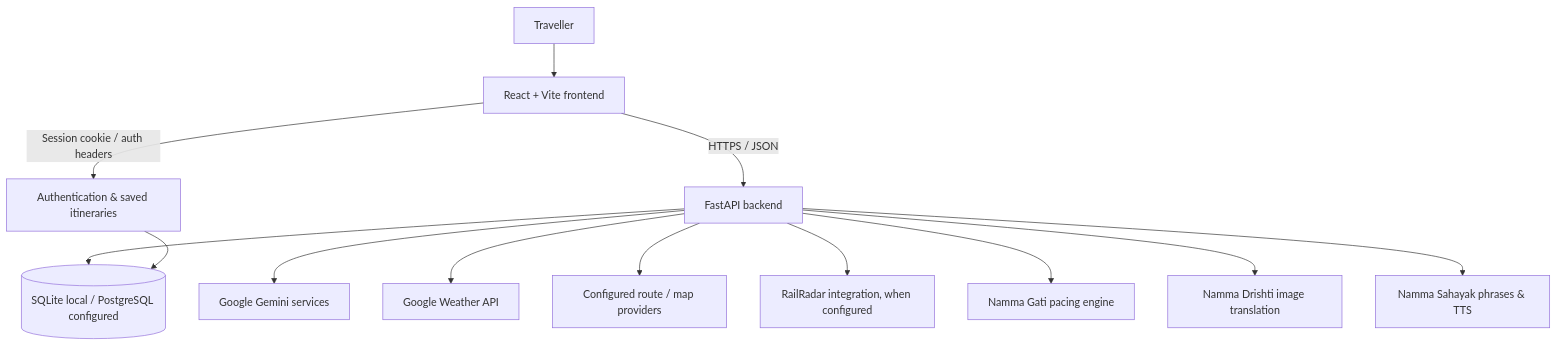
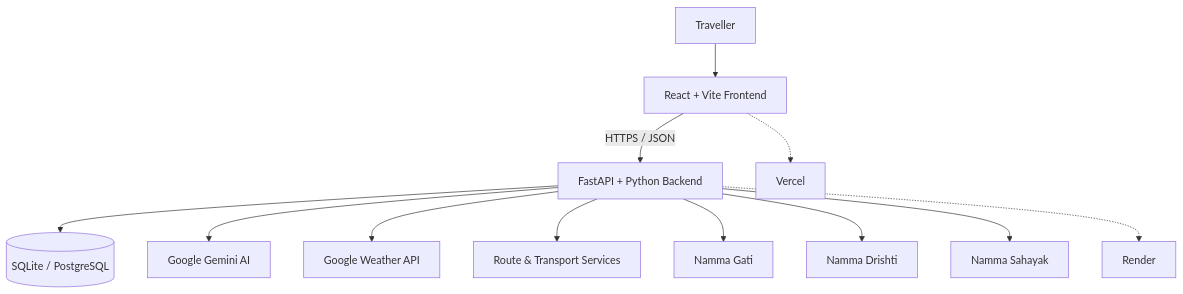
Before and after one commit to VaibhavCodes26/NIE_HACKATHON: the diagram in README.md, drawn with Mermaid.

Commit message:
README.md file created

````diff
--- a/README.md
+++ b/README.md
@@ -111,15 +111,17 @@
 ```mermaid
 flowchart TD
-    U[Traveller] --> FE[React + Vite frontend]
-    FE -->|HTTPS / JSON| API[FastAPI backend]
-    FE -->|Session cookie / auth headers| AUTH[Authentication & saved itineraries]
-    API --> DB[(SQLite local / PostgreSQL configured)]
-    API --> AI[Google Gemini services]
+    U[Traveller] --> FE[React + Vite Frontend]
+    FE -->|HTTPS / JSON| API[FastAPI + Python Backend]
+
+    API --> DB[(SQLite / PostgreSQL)]
+    API --> AI[Google Gemini AI]
     API --> WX[Google Weather API]
-    API --> MAP[Configured route / map providers]
-    API --> RAIL[RailRadar integration, when configured]
-    API --> GATI[Namma Gati pacing engine]
-    API --> DRISHTI[Namma Drishti image translation]
-    API --> SAHAYAK[Namma Sahayak phrases & TTS]
-    AUTH --> DB
+    API --> ROUTES[Route & Transport Services]
+
+    API --> GATI[Namma Gati]
+    API --> DRISHTI[Namma Drishti]
+    API --> SAHAYAK[Namma Sahayak]
+
+    FE -.-> HOST1[Vercel]
+    API -.-> HOST2[Render]
 ```
````
